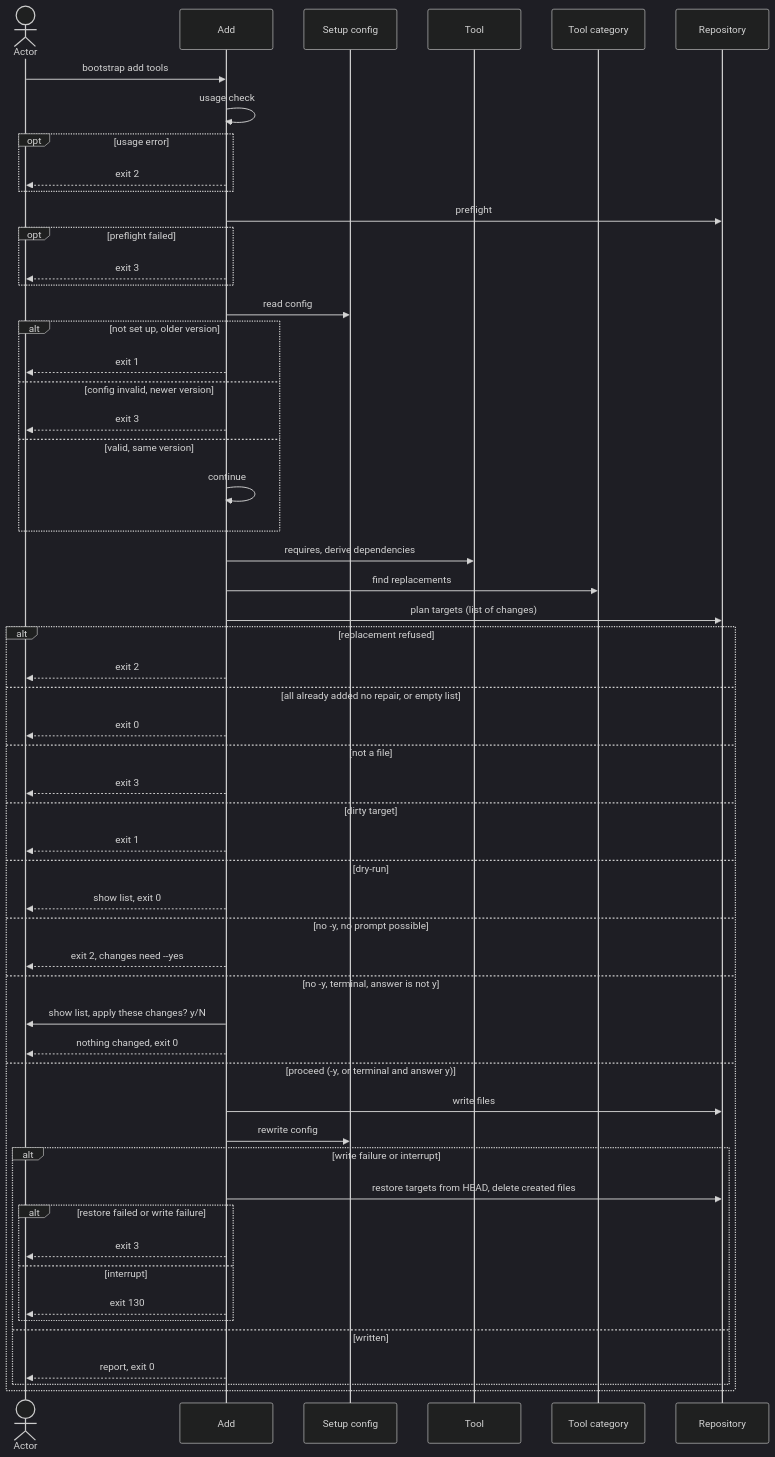
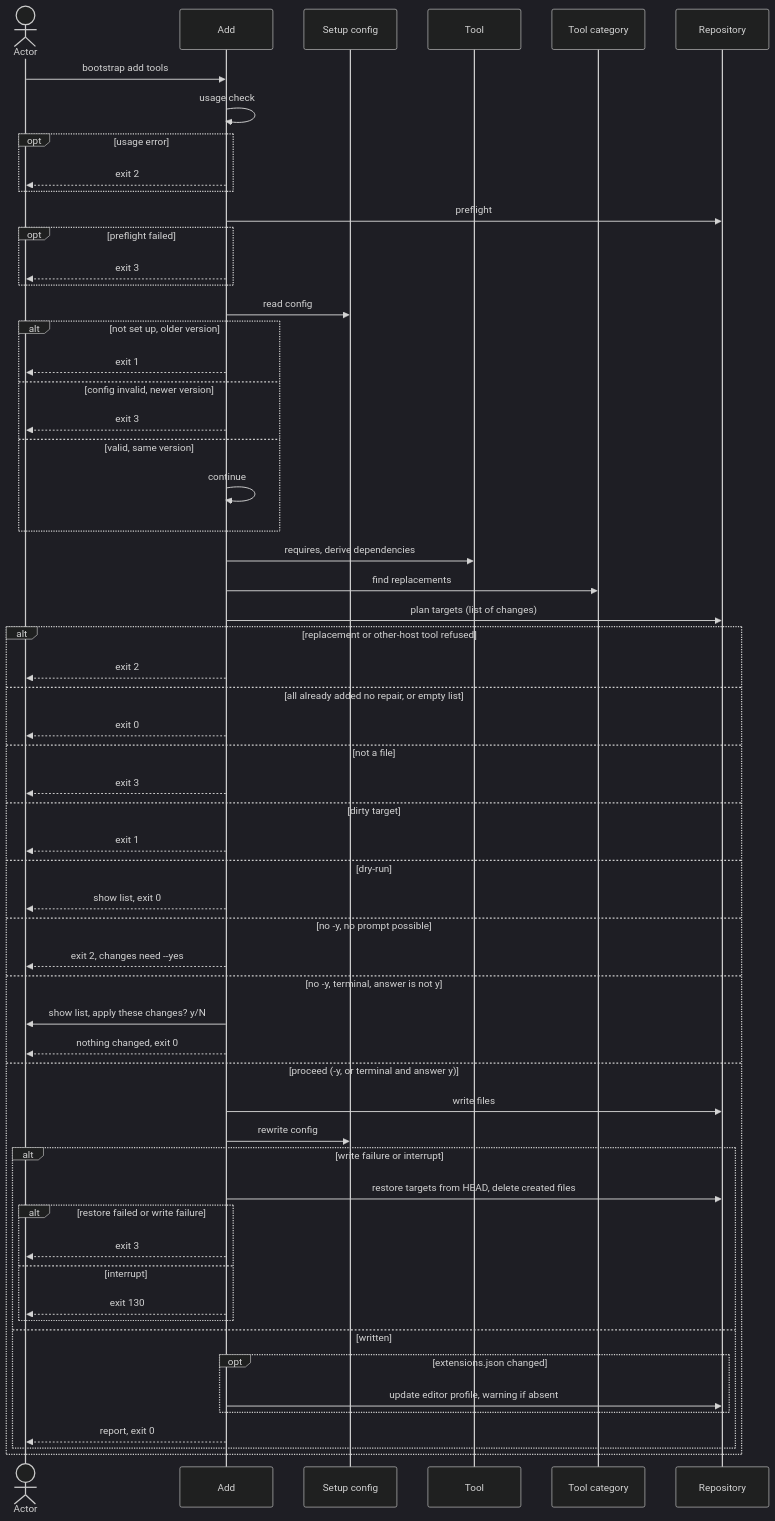
One commit to virajp/bootstrap changed the diagram in docs/blueprint/flows/cli/140-add-tool/index.md. Above: the diagram before and after it, drawn with Mermaid (dark theme). The commit also changed other lines of this file and 15 other files, not shown here.

````diff
--- a/docs/blueprint/flows/cli/140-add-tool/index.md
+++ b/docs/blueprint/flows/cli/140-add-tool/index.md
@@ -157,58 +190,61 @@
 ```mermaid
 sequenceDiagram
     actor O as Actor
     participant A as Add
     participant C as Setup config
     participant T as Tool
     participant K as Tool category
     participant R as Repository
     O->>A: bootstrap add tools
     A->>A: usage check
     opt usage error
         A-->>O: exit 2
     end
     A->>R: preflight
     opt preflight failed
         A-->>O: exit 3
     end
     A->>C: read config
     alt not set up, older version
         A-->>O: exit 1
     else config invalid, newer version
         A-->>O: exit 3
     else valid, same version
         A->>A: continue
     end
     A->>T: requires, derive dependencies
     A->>K: find replacements
     A->>R: plan targets (list of changes)
-    alt replacement refused
+    alt replacement or other-host tool refused
         A-->>O: exit 2
     else all already added no repair, or empty list
         A-->>O: exit 0
     else not a file
         A-->>O: exit 3
     else dirty target
         A-->>O: exit 1
     else dry-run
         A-->>O: show list, exit 0
     else no -y, no prompt possible
         A-->>O: exit 2, changes need --yes
     else no -y, terminal, answer is not y
         A->>O: show list, apply these changes? y/N
         A-->>O: nothing changed, exit 0
     else proceed (-y, or terminal and answer y)
         A->>R: write files
         A->>C: rewrite config
         alt write failure or interrupt
             A->>R: restore targets from HEAD, delete created files
             alt restore failed or write failure
                 A-->>O: exit 3
             else interrupt
                 A-->>O: exit 130
             end
         else written
+            opt extensions.json changed
+                A->>R: update editor profile, warning if absent
+            end
             A-->>O: report, exit 0
         end
     end
 ```
````
